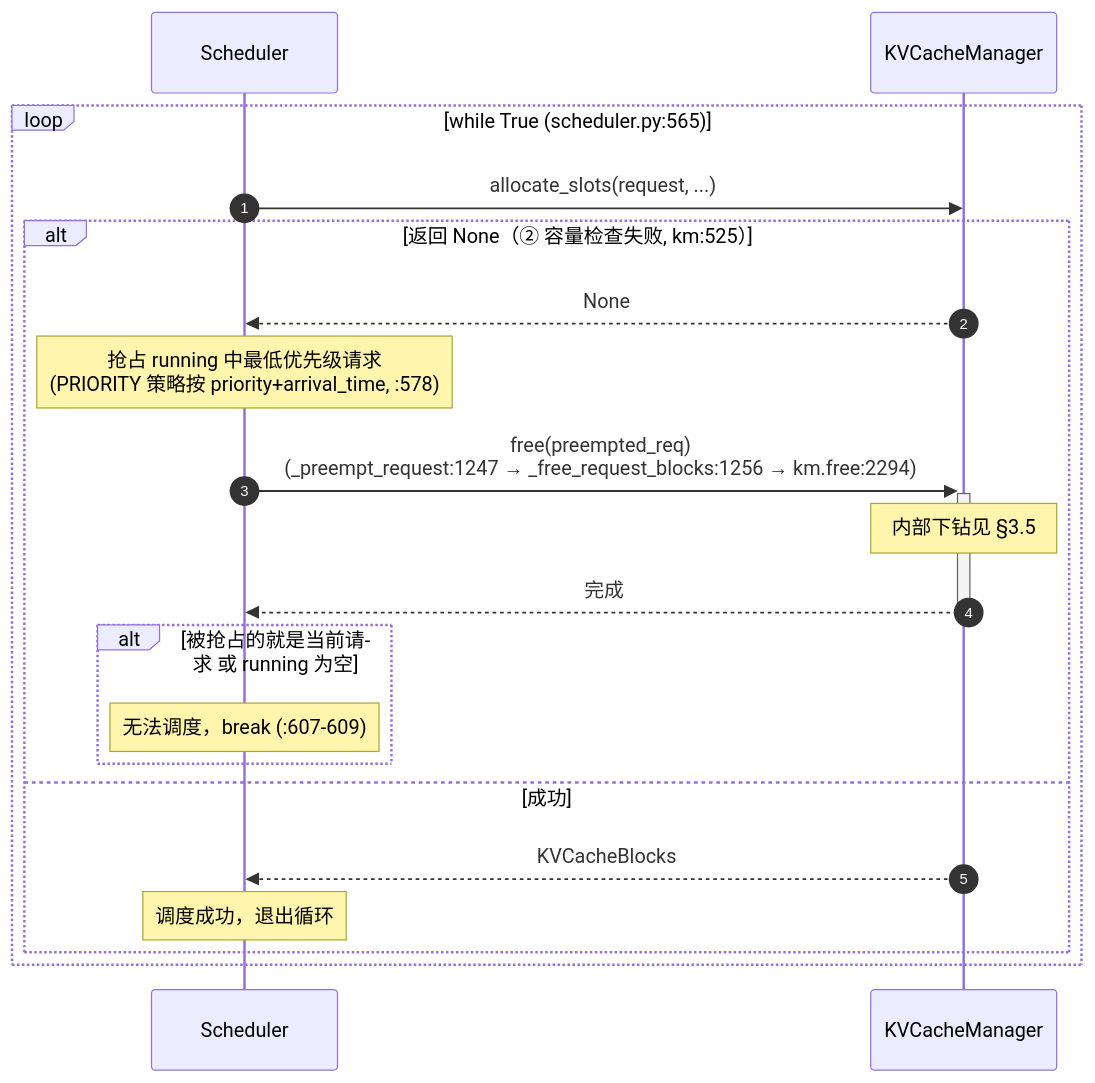
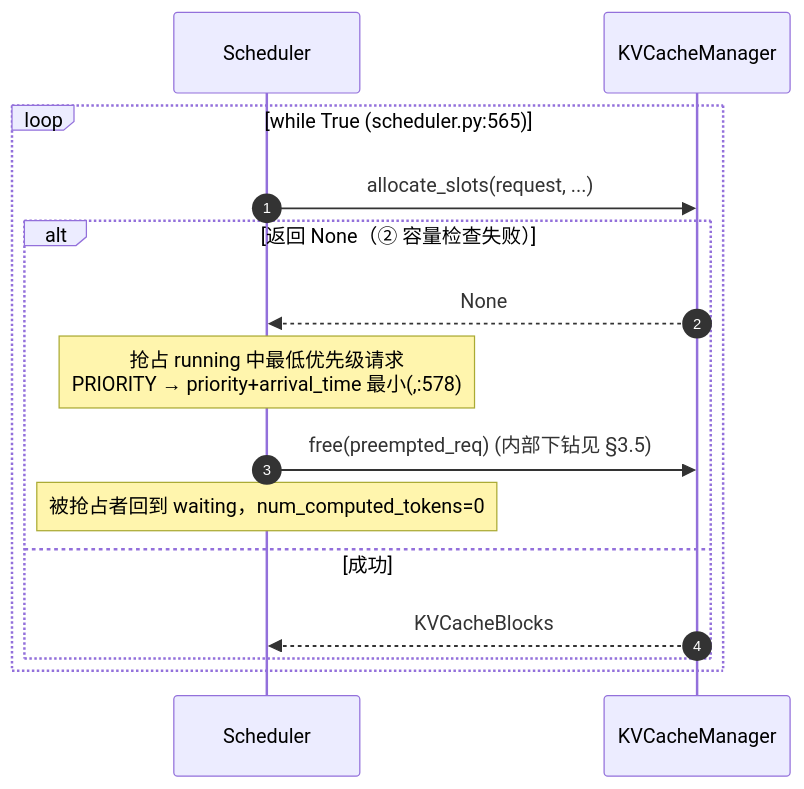
One commit to GoCHug/vllm changed the eighth of 8 diagrams in vllm/v1/core/kvcache_docs/0_end_to_end_sequence.md. Above: the diagram before and after it, drawn with Mermaid. The commit also changed other lines of this file, not shown here.

````diff
--- a/vllm/v1/core/kvcache_docs/0_end_to_end_sequence.md
+++ b/vllm/v1/core/kvcache_docs/0_end_to_end_sequence.md
@@ -570,23 +318,17 @@
 ```mermaid
 sequenceDiagram
     autonumber
     participant S as Scheduler
     participant KM as KVCacheManager
-
     loop while True   (scheduler.py:565)
         S->>KM: allocate_slots(request, ...)
-        alt 返回 None（② 容量检查失败, km:525）
+        alt 返回 None（② 容量检查失败）
             KM-->>S: None
-            Note over S: 抢占 running 中最低优先级请求<br/>(PRIORITY 策略按 priority+arrival_time, :578)
-            S->>+KM: free(preempted_req)<br/>(_preempt_request:1247 → _free_request_blocks:1256 → km.free:2294)
-            Note over KM: 内部下钻见 §3.5
-            KM-->>-S: 完成
-            alt 被抢占的就是当前请求 或 running 为空
-                Note over S: 无法调度，break   (:607-609)
-            end
+            Note over S: 抢占 running 中最低优先级请求<br/>PRIORITY → priority+arrival_time 最小(,:578)
+            S->>KM: free(preempted_req)   (内部下钻见 §3.5)
+            Note over S: 被抢占者回到 waiting，num_computed_tokens=0
         else 成功
             KM-->>S: KVCacheBlocks
-            Note over S: 调度成功，退出循环
         end
     end
 ```
````
